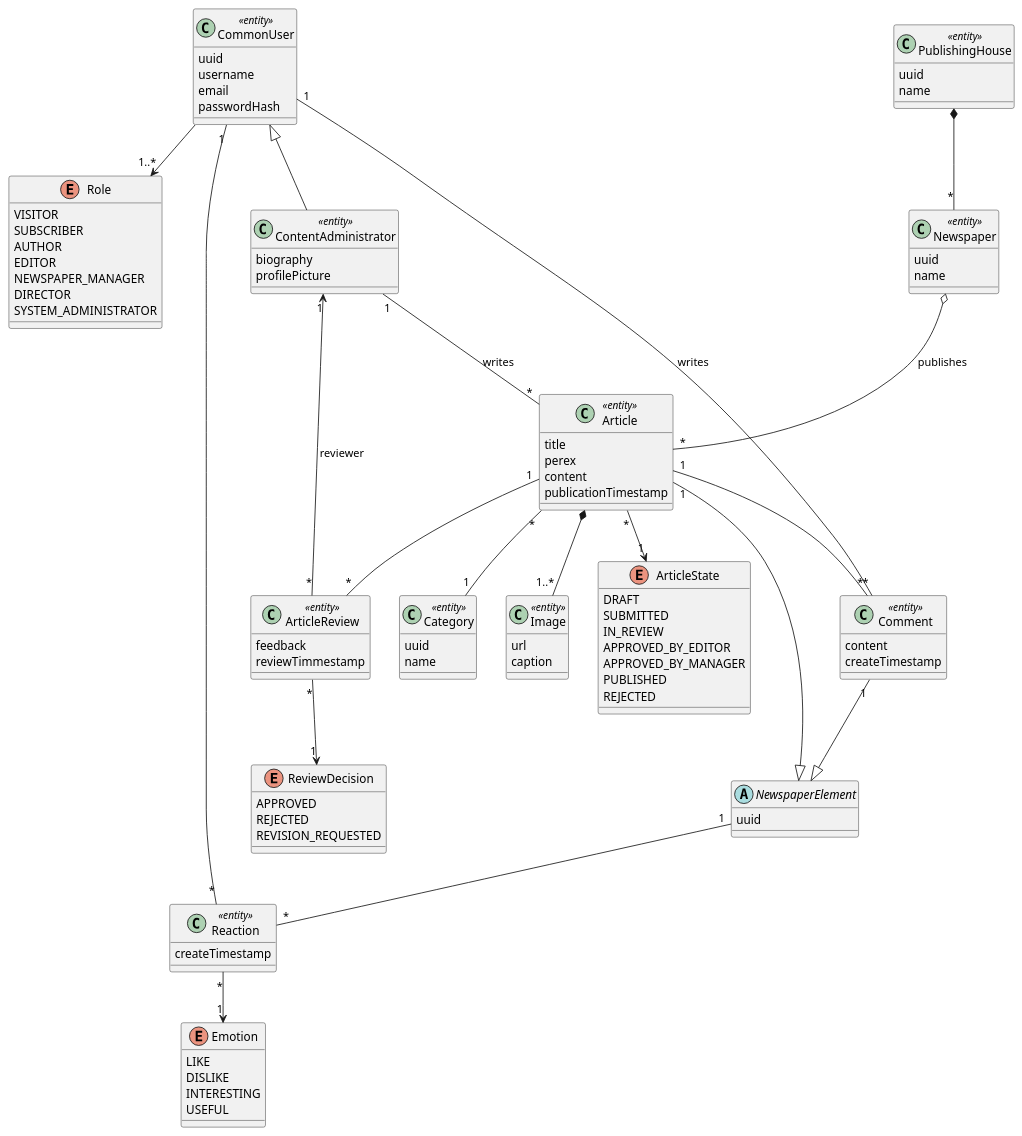
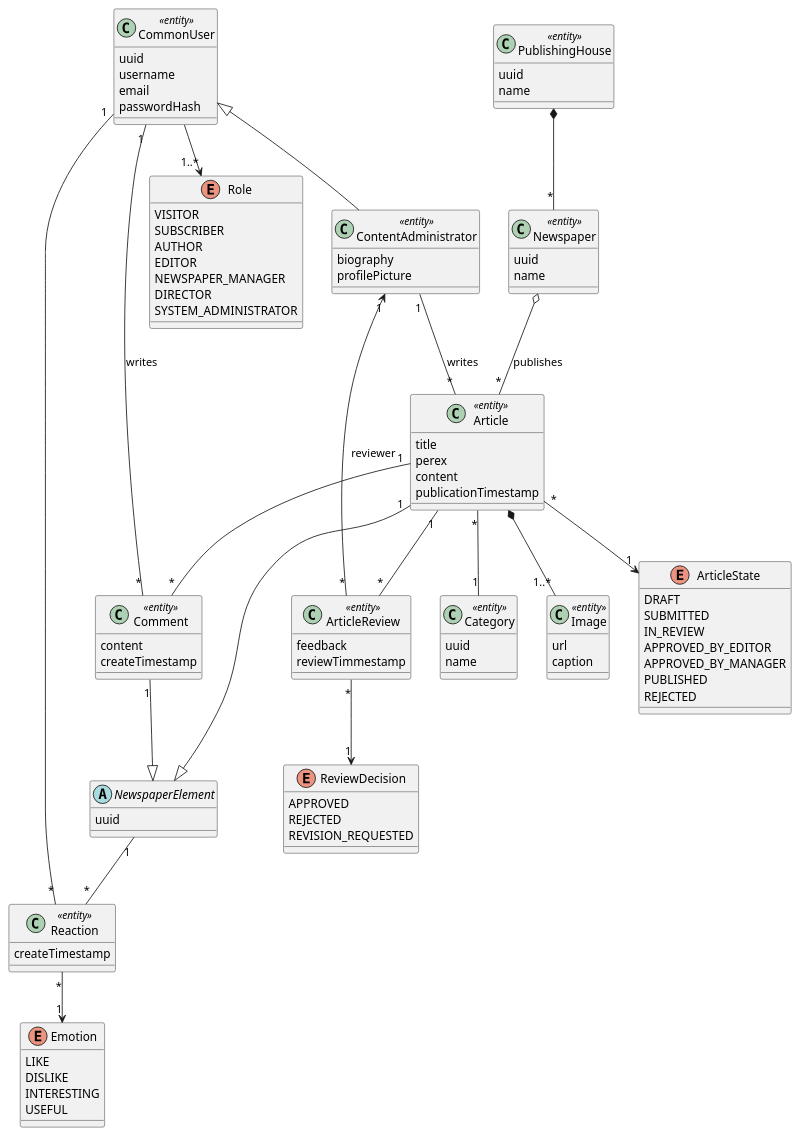
Before and after one commit to bednarikvilem/publishing-house: the diagram in domain_model.puml, drawn with PlantUML. The commit also changed other lines of this file and 2 other files, not shown here.

```diff
--- a/domain_model.puml
+++ b/domain_model.puml
@@ -1,161 +1,161 @@
 @startuml
 
 ' =====================
 ' Users and Roles
 ' =====================
 
 class CommonUser <<entity>> {
   uuid
   username
   email
   passwordHash
 }
 
 class ContentAdministrator <<entity>> {
   biography
   profilePicture
 }
 
 enum Role {
   VISITOR
   SUBSCRIBER
   AUTHOR
   EDITOR
   NEWSPAPER_MANAGER
   DIRECTOR
   SYSTEM_ADMINISTRATOR
 }
 
 CommonUser --> "1..*" Role
 CommonUser <|-- ContentAdministrator
 
 
 ' =====================
 ' Publishing Structure
 ' =====================
 
 class PublishingHouse <<entity>> {
   uuid
   name
 }
 
 class Newspaper <<entity>> {
   uuid
   name
 }
 
 PublishingHouse *-- "*" Newspaper
 
 
 ' =====================
 ' Article System
 ' =====================
 
 class Article <<entity>> {
   title
   perex
   content
   publicationTimestamp
 }
 
 enum ArticleState {
   DRAFT
   SUBMITTED
   IN_REVIEW
   APPROVED_BY_EDITOR
   APPROVED_BY_MANAGER
   PUBLISHED
   REJECTED
 }
 
 Article "*" --> "1" ArticleState
 
 ContentAdministrator "1" -- "*" Article : writes
 Newspaper o-- "*" Article : publishes
 
+abstract class NewspaperElement {
+  uuid
+}
+
+Article "1" --|> NewspaperElement
+Comment "1" --|> NewspaperElement
+
+enum Emotion {
+  LIKE
+  DISLIKE
+  INTERESTING
+  USEFUL
+}
+
+Reaction "*" --> "1" Emotion
 
 ' =====================
 ' Categories
 ' =====================
 
 class Category <<entity>> {
   uuid
   name
 }
 
 Article "*" -- "1" Category
 
 
 ' =====================
 ' Article Images
 ' =====================
 
 class Image <<entity>> {
   url
   caption
 }
 
 Article *-- "1..*" Image
 
 
 ' =====================
 ' Comments
 ' =====================
 
 class Comment <<entity>> {
   content
   createTimestamp
 }
 
 CommonUser "1" -- "*" Comment : writes
 Article "1" -- "*" Comment
 
 
 ' =====================
 ' Likes
 ' =====================
 
 class Reaction <<entity>> {
     createTimestamp
 }
 
 CommonUser "1" -- "*" Reaction
 NewspaperElement "1" -- "*" Reaction
 
 
 ' =====================
 ' Article Review Workflow
 ' =====================
 
 class ArticleReview <<entity>> {
   feedback
   reviewTimmestamp
 }
 
 enum ReviewDecision {
   APPROVED
   REJECTED
   REVISION_REQUESTED
 }
 
 Article "1" -- "*" ArticleReview
 ContentAdministrator "1" <-- "*" ArticleReview : reviewer
 ArticleReview "*" --> "1" ReviewDecision
 
-abstract class NewspaperElement {
-  uuid
-}
-
-Article "1" --|> NewspaperElement
-Comment "1" --|> NewspaperElement
-
-enum Emotion {
-  LIKE
-  DISLIKE
-  INTERESTING
-  USEFUL
-}
-
-Reaction "*" --> "1" Emotion
 
 @enduml
```
